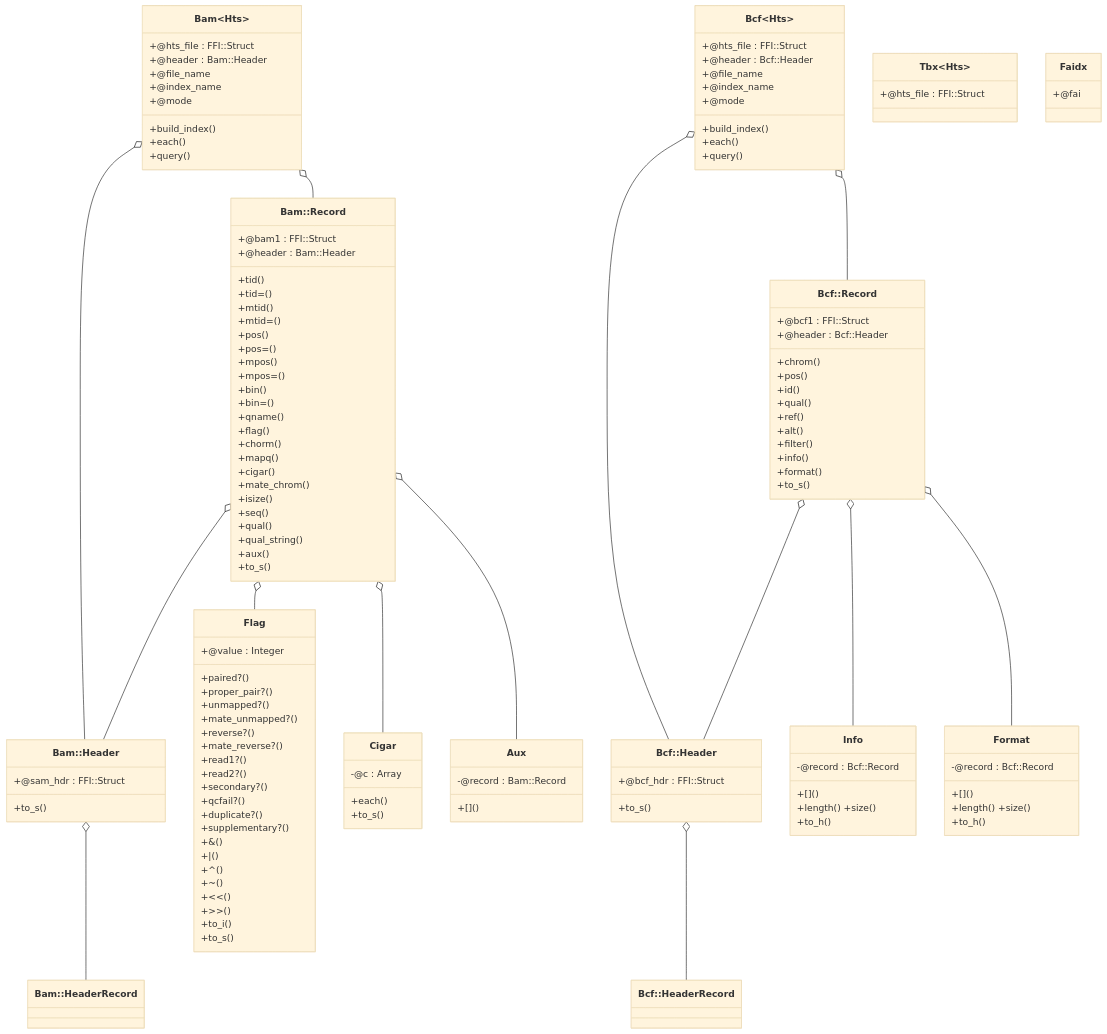
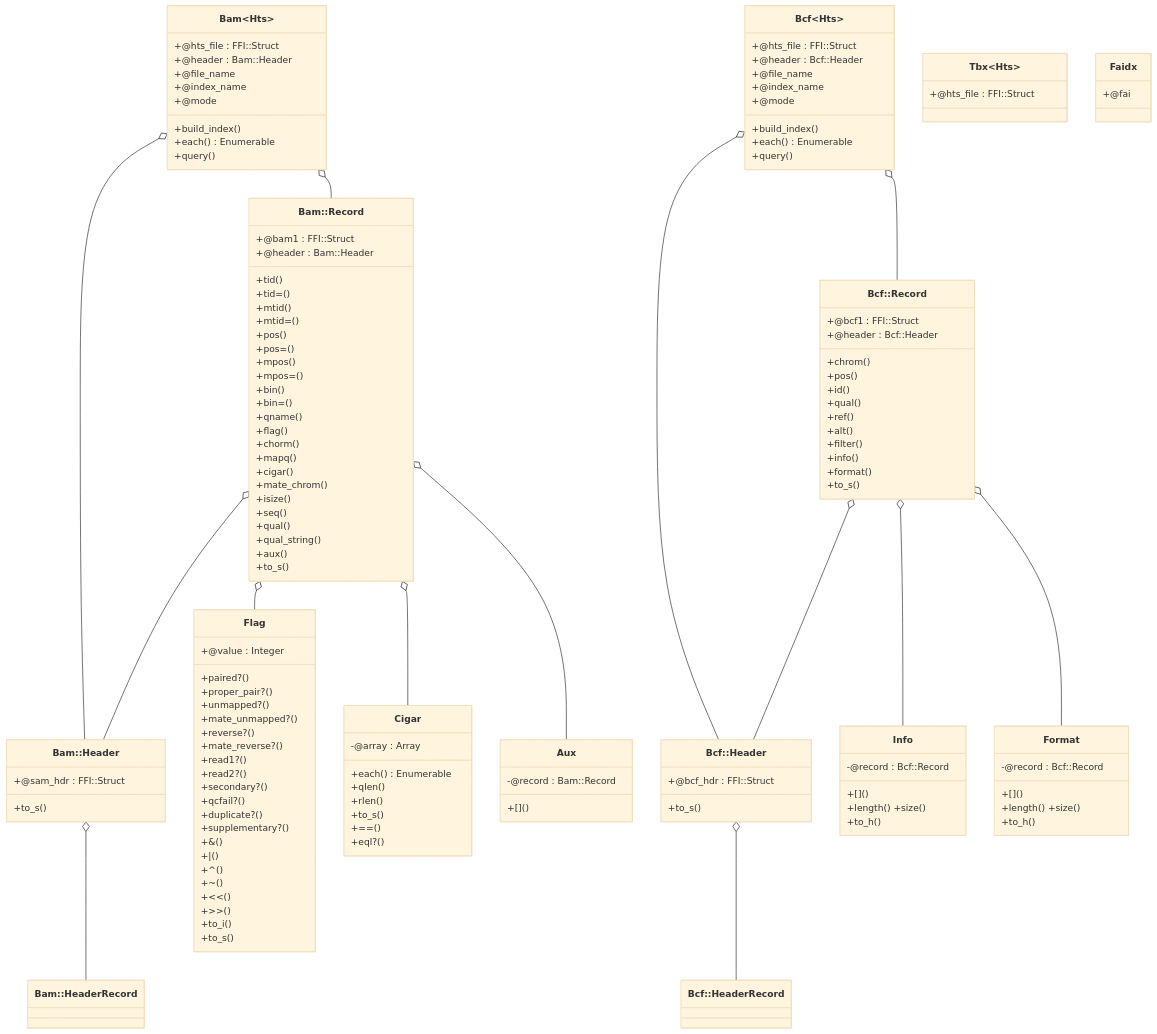
Before and after one commit to kojix2/ruby-htslib: the diagram in TUTORIAL.md, drawn with Mermaid. The commit also changed other lines of this file, not shown here.

```diff
--- a/TUTORIAL.md
+++ b/TUTORIAL.md
@@ -23,7 +23,7 @@
   +@index_name
   +@mode
   +build_index()
-  +each()
+  +each() Enumerable
   +query()
 }
 class Bcf{
@@ -33,7 +33,7 @@
   +@index_name
   +@mode
   +build_index()
-  +each()
+  +each() Enumerable
   +query()
 }
 class Tbx~Hts~{
@@ -127,9 +127,13 @@
   +to_h()
 }
 class Cigar {
-  -@c : Array
-  +each()
+  -@array : Array
+  +each() Enumerable
+  +qlen()
+  +rlen()
   +to_s()
+  +==()
+  +eql?()
 }
 class Faidx{
   +@fai
```
